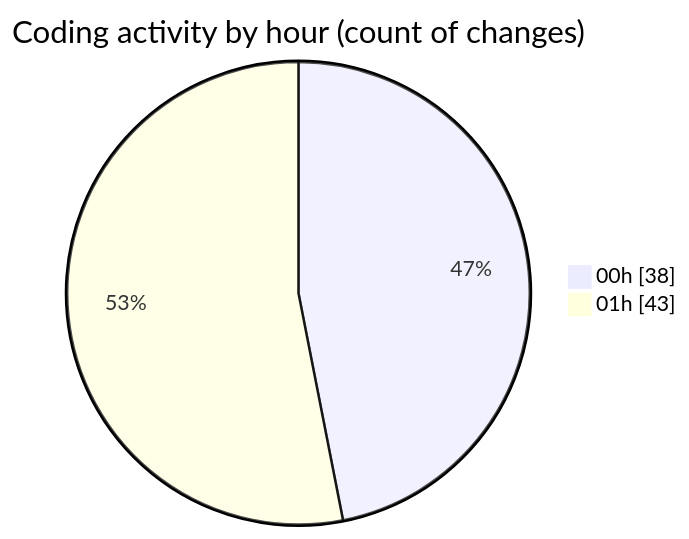
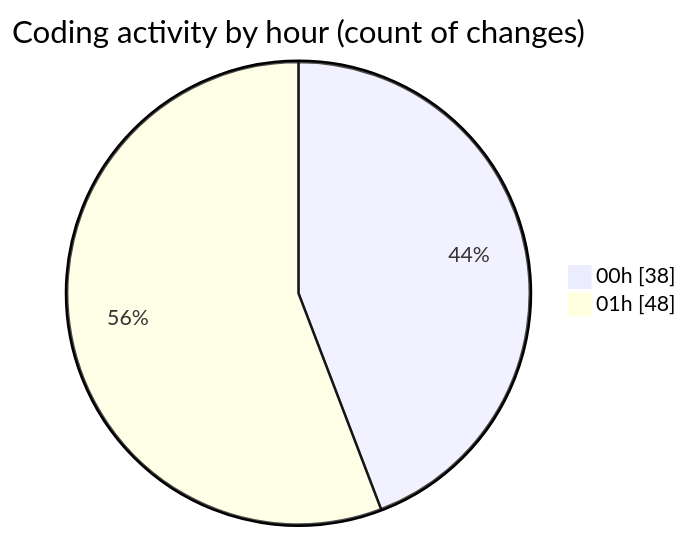
The second of 2 diagrams in 2025-07-27/quanlyrapchieuphim-1/README.md (lephambinh05/code-tracking), drawn with Mermaid before and after one commit. The commit also changed other lines of this file and 1 other file, not shown here.

````diff
--- a/2025-07-27/quanlyrapchieuphim-1/README.md
+++ b/2025-07-27/quanlyrapchieuphim-1/README.md
@@ -52,6 +54,6 @@
 ```mermaid
 pie showData
 title Coding activity by hour (count of changes)
 "00h" : 38
-"01h" : 43
+"01h" : 48
 ```
````
